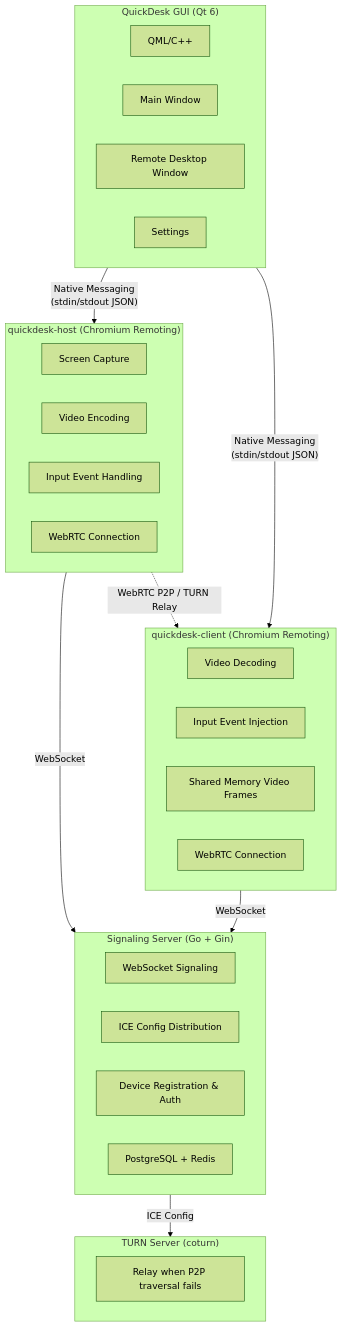
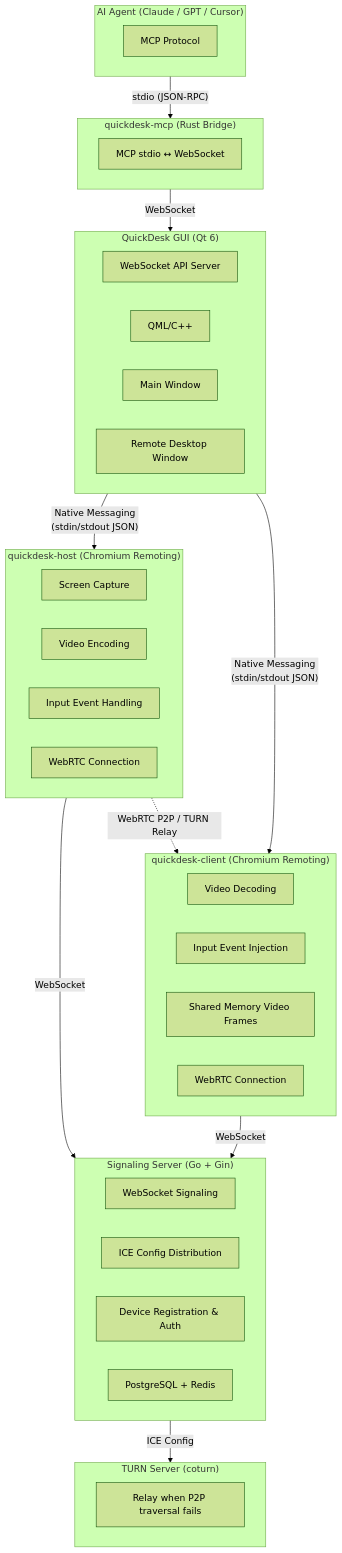
The diagram in README.md (virtualesp/QuickDesk), drawn with Mermaid (forest theme) before and after one commit. The commit also changed other lines of this file and 3 other files, not shown here.

````diff
--- a/README.md
+++ b/README.md
@@ -129,42 +151,52 @@
 ```mermaid
 graph TD
+    subgraph AI["AI Agent (Claude / GPT / Cursor)"]
+        A1["MCP Protocol"]
+    end
+
+    subgraph MCP["quickdesk-mcp (Rust Bridge)"]
+        M1["MCP stdio ↔ WebSocket"]
+    end
+
     subgraph GUI["QuickDesk GUI (Qt 6)"]
         direction LR
+        WS["WebSocket API Server"]
         QML["QML/C++"]
         MainWin["Main Window"]
         RemoteWin["Remote Desktop Window"]
-        Settings["Settings"]
     end
 
     subgraph Host["quickdesk-host (Chromium Remoting)"]
         H1["Screen Capture"]
         H2["Video Encoding"]
         H3["Input Event Handling"]
         H4["WebRTC Connection"]
     end
 
     subgraph Client["quickdesk-client (Chromium Remoting)"]
         C1["Video Decoding"]
         C2["Input Event Injection"]
         C3["Shared Memory Video Frames"]
         C4["WebRTC Connection"]
     end
 
     subgraph Signaling["Signaling Server (Go + Gin)"]
         S1["WebSocket Signaling"]
         S2["ICE Config Distribution"]
         S3["Device Registration & Auth"]
         S4["PostgreSQL + Redis"]
     end
 
     subgraph TURN["TURN Server (coturn)"]
         T1["Relay when P2P traversal fails"]
     end
 
+    AI -- "stdio (JSON-RPC)" --> MCP
+    MCP -- "WebSocket" --> WS
     GUI -- "Native Messaging\n(stdin/stdout JSON)" --> Host
     GUI -- "Native Messaging\n(stdin/stdout JSON)" --> Client
     Host -- "WebSocket" --> Signaling
     Client -- "WebSocket" --> Signaling
     Signaling -- "ICE Config" --> TURN
     Host -. "WebRTC P2P / TURN Relay" .-> Client
 ```
````
